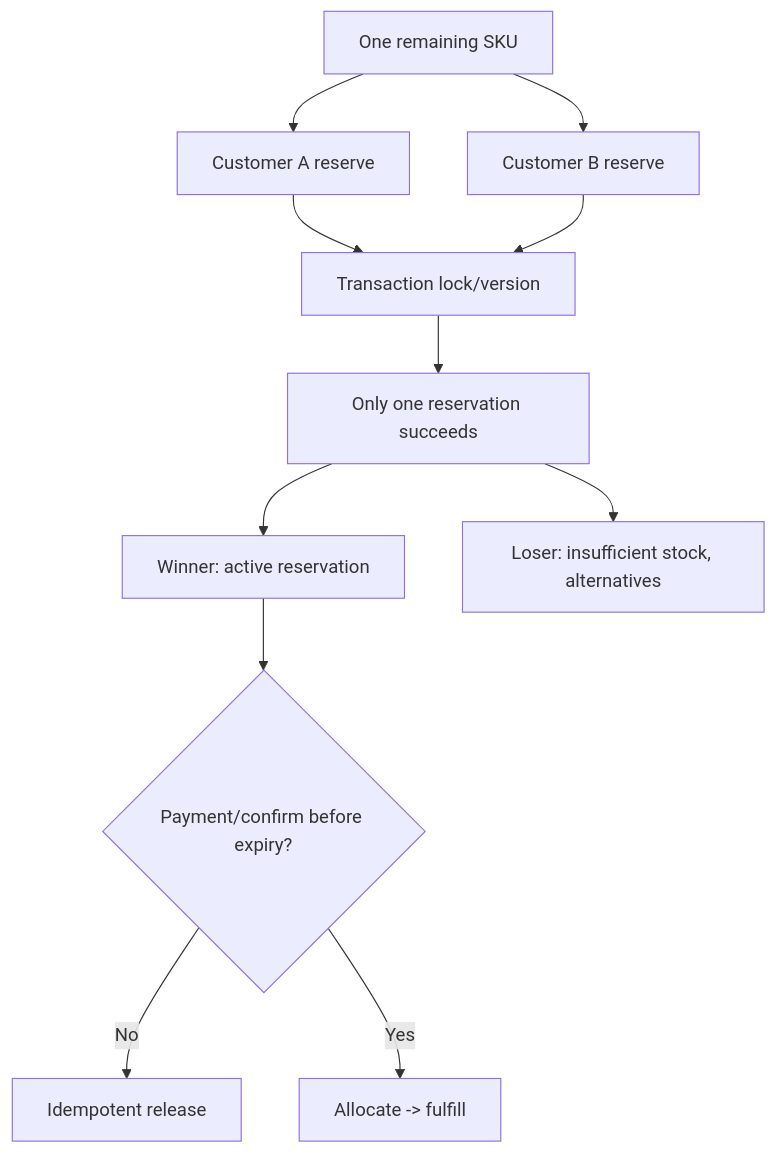
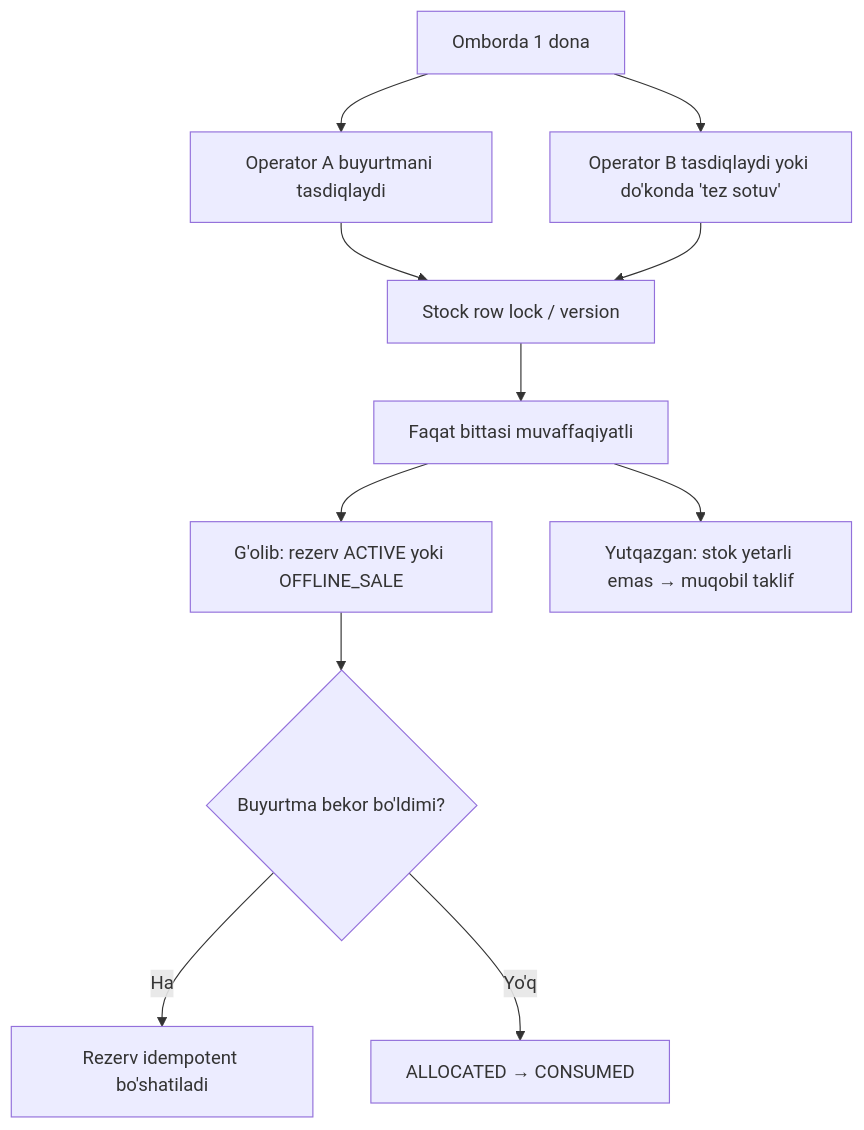
Before and after one commit to Ismoilkhan22/ai-commerce-backend: the third of 6 diagrams in docs/business/06_UI_SITEMAP_AND_USER_FLOWS.md, drawn with Mermaid. The commit also changed other lines of this file and 13 other files, not shown here.

````diff
--- a/docs/business/06_UI_SITEMAP_AND_USER_FLOWS.md
+++ b/docs/business/06_UI_SITEMAP_AND_USER_FLOWS.md
@@ -156,13 +172,13 @@
 ```mermaid
 flowchart TD
- A[One remaining SKU] --> B[Customer A reserve]
- A --> C[Customer B reserve]
- B --> D[Transaction lock/version]
+ A[Omborda 1 dona] --> B[Operator A buyurtmani tasdiqlaydi]
+ A --> C[Operator B tasdiqlaydi yoki do'konda 'tez sotuv']
+ B --> D[Stock row lock / version]
  C --> D
- D --> E[Only one reservation succeeds]
- E --> F[Winner: active reservation]
- E --> G[Loser: insufficient stock, alternatives]
- F --> H{Payment/confirm before expiry?}
- H -- No --> I[Idempotent release]
- H -- Yes --> J[Allocate -> fulfill]
+ D --> E[Faqat bittasi muvaffaqiyatli]
+ E --> F[G'olib: rezerv ACTIVE yoki OFFLINE_SALE]
+ E --> G[Yutqazgan: stok yetarli emas → muqobil taklif]
+ F --> H{Buyurtma bekor bo'ldimi?}
+ H -- Ha --> I[Rezerv idempotent bo'shatiladi]
+ H -- Yo'q --> J[ALLOCATED → CONSUMED]
 ```
````
